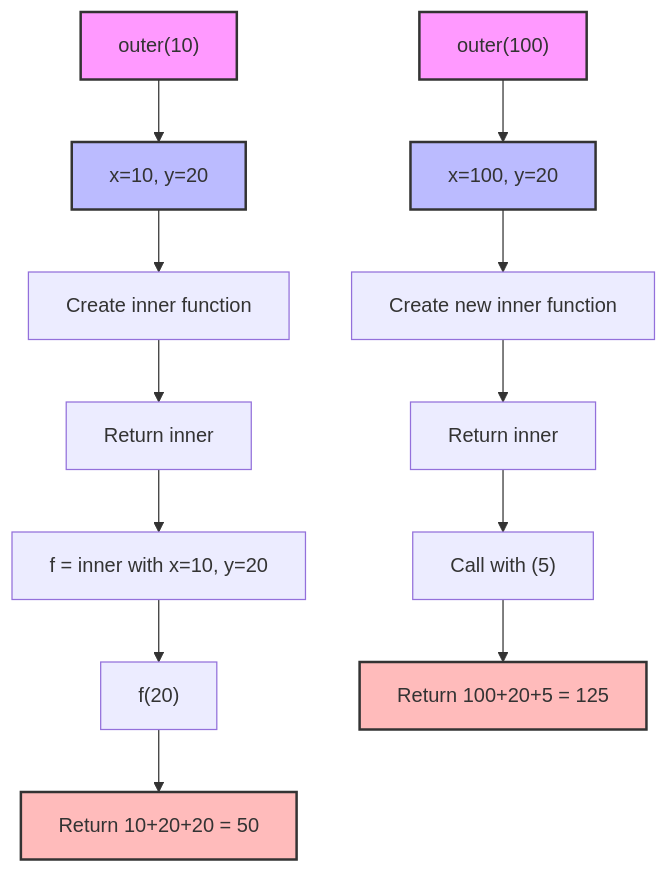
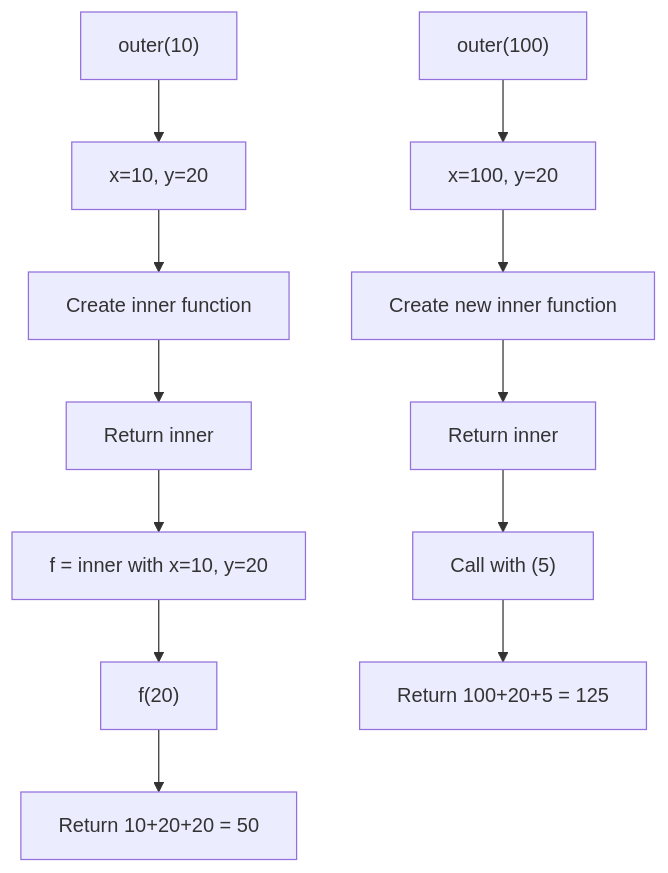
Before and after one commit to AhmeDiaaU/PythonDocumentation: the first of 9 diagrams in Functions/Closure.md, drawn with Mermaid. The commit also changed other lines of this file, not shown here.

````diff
--- a/Functions/Closure.md
+++ b/Functions/Closure.md
@@ -33,39 +22,14 @@
 ```mermaid
-
 flowchart TD
-
-    A["outer(10)"] --> B["x=10, y=20"]
-
-    B --> C["Create inner function"]
-
-    C --> D["Return inner"]
-
-    D --> E["f = inner with x=10, y=20"]
-
-    E --> F["f(20)"]
-
-    F --> G["Return 10+20+20 = 50"]
-
-    H["outer(100)"] --> I["x=100, y=20"]
-
-    I --> J["Create new inner function"]
-
-    J --> K["Return inner"]
-
-    K --> L["Call with (5)"]
-
-    L --> M["Return 100+20+5 = 125"]
-
-    style A fill:#f9f,stroke:#333,stroke-width:2px
-
-    style B fill:#bbf,stroke:#333,stroke-width:2px
-
-    style G fill:#fbb,stroke:#333,stroke-width:2px
-
-    style H fill:#f9f,stroke:#333,stroke-width:2px
-
-    style I fill:#bbf,stroke:#333,stroke-width:2px
-
-    style M fill:#fbb,stroke:#333,stroke-width:2px
-
+    A["outer(10)"] --> B["x=10, y=20"]
+    B --> C["Create inner function"]
+    C --> D["Return inner"]
+    D --> E["f = inner with x=10, y=20"]
+    E --> F["f(20)"]
+    F --> G["Return 10+20+20 = 50"]
+    H["outer(100)"] --> I["x=100, y=20"]
+    I --> J["Create new inner function"]
+    J --> K["Return inner"]
+    K --> L["Call with (5)"]
+    L --> M["Return 100+20+5 = 125"]
 ```
````
